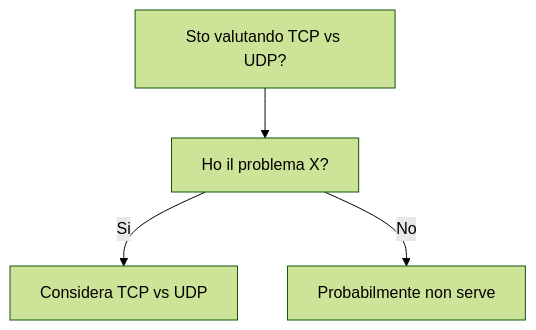
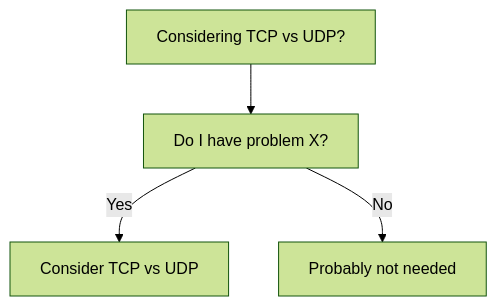
Before and after one commit to HxT9/Software-Dev-Wiki: the diagram in dev-wiki/07_Networking/TCP_vs_UDP/When_To_Use.md, drawn with Mermaid (forest theme). The commit also changed other lines of this file and 3444 other files, not shown here.

````diff
--- a/dev-wiki/07_Networking/TCP_vs_UDP/When_To_Use.md
+++ b/dev-wiki/07_Networking/TCP_vs_UDP/When_To_Use.md
@@ -19,6 +19,6 @@
 ```mermaid
 flowchart TD
-  Q[Sto valutando TCP vs UDP?] --> Q1[Ho il problema X?]
-  Q1 -->|Si| OK[Considera TCP vs UDP]
-  Q1 -->|No| NO[Probabilmente non serve]
+  Q[Considering TCP vs UDP?] --> Q1[Do I have problem X?]
+  Q1 -->|Yes| OK[Consider TCP vs UDP]
+  Q1 -->|No| NO[Probably not needed]
 ```
````
